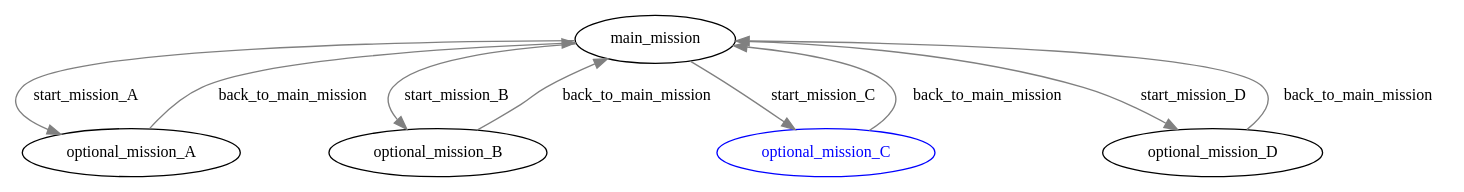
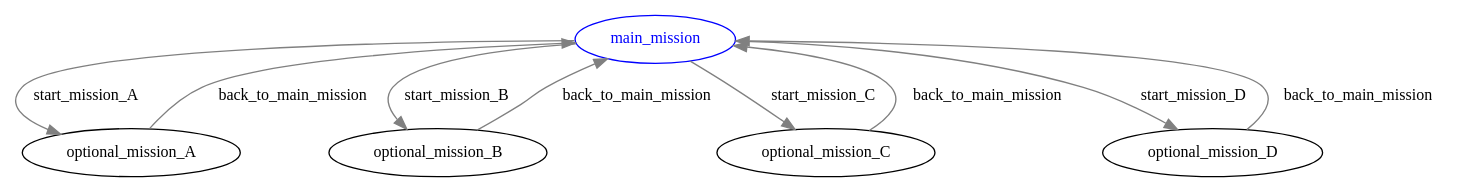
Before and after one commit to rigelVY/Reinventing-the-Wheel: the diagram in src/state_machine/rostate_machine/data/mission_state_machine.dot, drawn with Graphviz. The commit also changed 9 other files, not shown here.

```diff
--- a/src/state_machine/rostate_machine/data/mission_state_machine.dot
+++ b/src/state_machine/rostate_machine/data/mission_state_machine.dot
@@ -1,62 +1,62 @@
 digraph G {
 graph [bgcolor=white]
-0 [color=black,fontsize=12,shape=ellipse,label="main_mission"]
+0 [color=blue,fontsize=12,shape=ellipse,label="main_mission"]
+[fontcolor=blue]
 ;
 1 [color=black,fontsize=12,shape=ellipse,label="optional_mission_A"]
 ;
 2 [color=black,fontsize=12,shape=ellipse,label="optional_mission_B"]
 ;
-3 [color=blue,fontsize=12,shape=ellipse,label="optional_mission_C"]
-[fontcolor=blue]
+3 [color=black,fontsize=12,shape=ellipse,label="optional_mission_C"]
 ;
 4 [color=black,fontsize=12,shape=ellipse,label="optional_mission_D"]
 ;
 0->1 [color=gray]
 [fontsize=12]
 [style=solid]
 [fontcolor=black]
 [label="start_mission_A"]
 ;
 0->2 [color=gray]
 [fontsize=12]
 [style=solid]
 [fontcolor=black]
 [label="start_mission_B"]
 ;
 0->3 [color=gray]
 [fontsize=12]
 [style=solid]
 [fontcolor=black]
 [label="start_mission_C"]
 ;
 0->4 [color=gray]
 [fontsize=12]
 [style=solid]
 [fontcolor=black]
 [label="start_mission_D"]
 ;
 1->0 [color=gray]
 [fontsize=12]
 [style=solid]
 [fontcolor=black]
 [label="back_to_main_mission"]
 ;
 2->0 [color=gray]
 [fontsize=12]
 [style=solid]
 [fontcolor=black]
 [label="back_to_main_mission"]
 ;
 3->0 [color=gray]
 [fontsize=12]
 [style=solid]
 [fontcolor=black]
 [label="back_to_main_mission"]
 ;
 4->0 [color=gray]
 [fontsize=12]
 [style=solid]
 [fontcolor=black]
 [label="back_to_main_mission"]
 ;
 }
```
